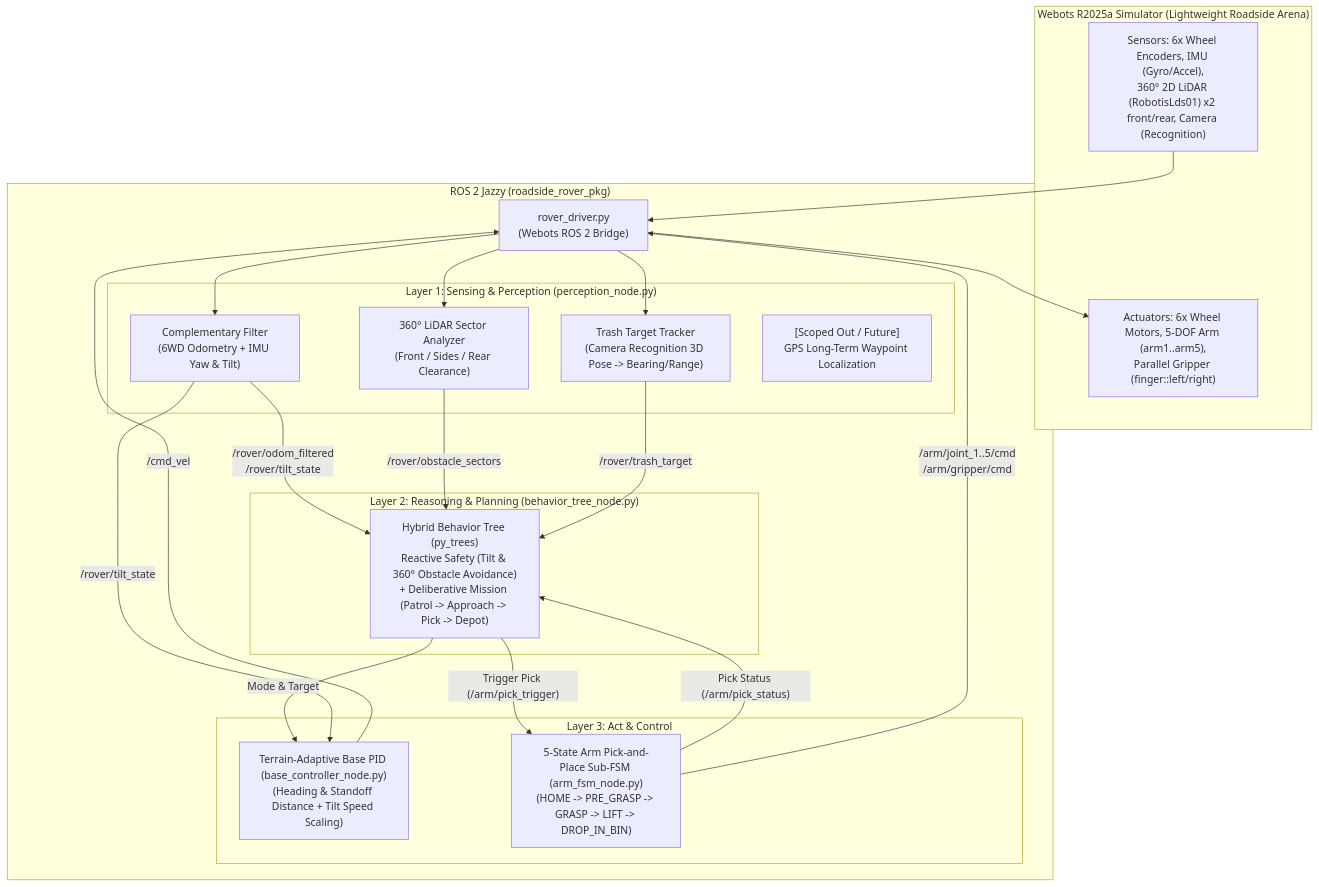
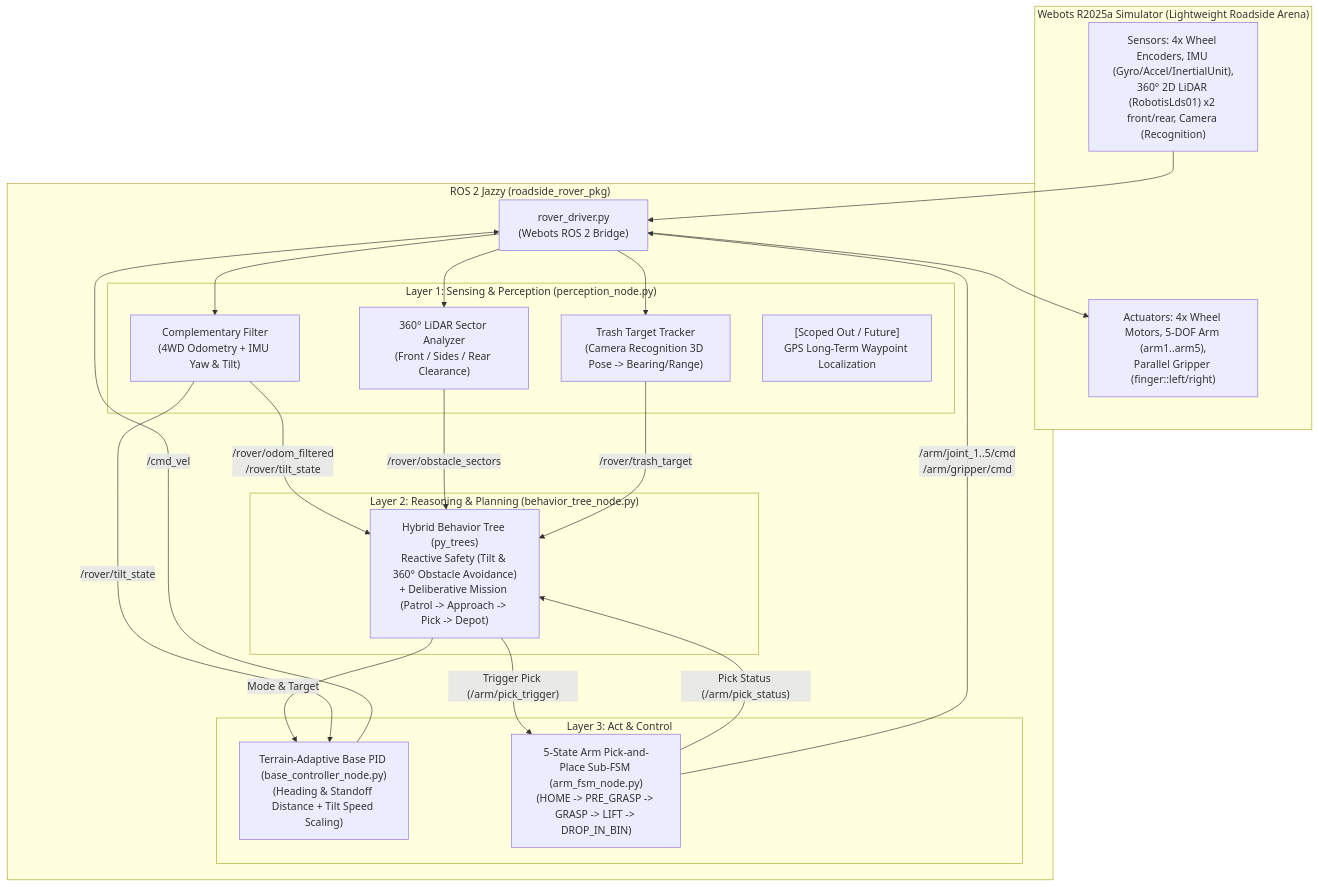
The first of 3 diagrams in docs/ARCHITECTURE.md (nissev/TEKS4430_Autumn-2026_project), drawn with Mermaid before and after one commit. The commit also changed other lines of this file and 8 other files, not shown here.

Commit message:
Changed architecture plan to use Pioneer 3-AT

````diff
--- a/docs/ARCHITECTURE.md
+++ b/docs/ARCHITECTURE.md
@@ -19,45 +19,45 @@
 ```mermaid
 flowchart TD
     subgraph Webots["Webots R2025a Simulator (Lightweight Roadside Arena)"]
-        Sensors["Sensors: 6x Wheel Encoders, IMU (Gyro/Accel),\n360° 2D LiDAR (RobotisLds01) x2 front/rear, Camera (Recognition)"]
-        Actuators["Actuators: 6x Wheel Motors, 5-DOF Arm (arm1..arm5),\nParallel Gripper (finger::left/right)"]
+        Sensors["Sensors: 4x Wheel Encoders, IMU (Gyro/Accel/InertialUnit),\n360° 2D LiDAR (RobotisLds01) x2 front/rear, Camera (Recognition)"]
+        Actuators["Actuators: 4x Wheel Motors, 5-DOF Arm (arm1..arm5),\nParallel Gripper (finger::left/right)"]
     end
 
     subgraph ROS2["ROS 2 Jazzy (roadside_rover_pkg)"]
         Driver["rover_driver.py\n(Webots ROS 2 Bridge)"]
 
         subgraph Layer1["Layer 1: Sensing & Perception (perception_node.py)"]
-            CompFilter["Complementary Filter\n(6WD Odometry + IMU Yaw & Tilt)"]
+            CompFilter["Complementary Filter\n(4WD Odometry + IMU Yaw & Tilt)"]
             LidarProc["360° LiDAR Sector Analyzer\n(Front / Sides / Rear Clearance)"]
             CamRec["Trash Target Tracker\n(Camera Recognition 3D Pose -> Bearing/Range)"]
             GPSFuture["[Scoped Out / Future]\nGPS Long-Term Waypoint Localization"]
         end
 
         subgraph Layer2["Layer 2: Reasoning & Planning (behavior_tree_node.py)"]
             BT["Hybrid Behavior Tree (py_trees)\nReactive Safety (Tilt & 360° Obstacle Avoidance)\n+ Deliberative Mission (Patrol -> Approach -> Pick -> Depot)"]
         end
 
         subgraph Layer3["Layer 3: Act & Control"]
             BasePID["Terrain-Adaptive Base PID (base_controller_node.py)\n(Heading & Standoff Distance + Tilt Speed Scaling)"]
             ArmFSM["5-State Arm Pick-and-Place Sub-FSM (arm_fsm_node.py)\n(HOME -> PRE_GRASP -> GRASP -> LIFT -> DROP_IN_BIN)"]
         end
     end
 
     Sensors --> Driver
     Driver --> CompFilter
     Driver --> LidarProc
     Driver --> CamRec
 
     CompFilter -->|"/rover/odom_filtered\n/rover/tilt_state"| BT
     LidarProc -->|"/rover/obstacle_sectors"| BT
     CamRec -->|"/rover/trash_target"| BT
 
     BT -->|"Mode & Target"| BasePID
     BT -->|"Trigger Pick (/arm/pick_trigger)"| ArmFSM
     ArmFSM -->|"Pick Status (/arm/pick_status)"| BT
     CompFilter -->|"/rover/tilt_state"| BasePID
 
     BasePID -->|"/cmd_vel"| Driver
     ArmFSM -->|"/arm/joint_1..5/cmd\n/arm/gripper/cmd"| Driver
     Driver --> Actuators
 ```
````
